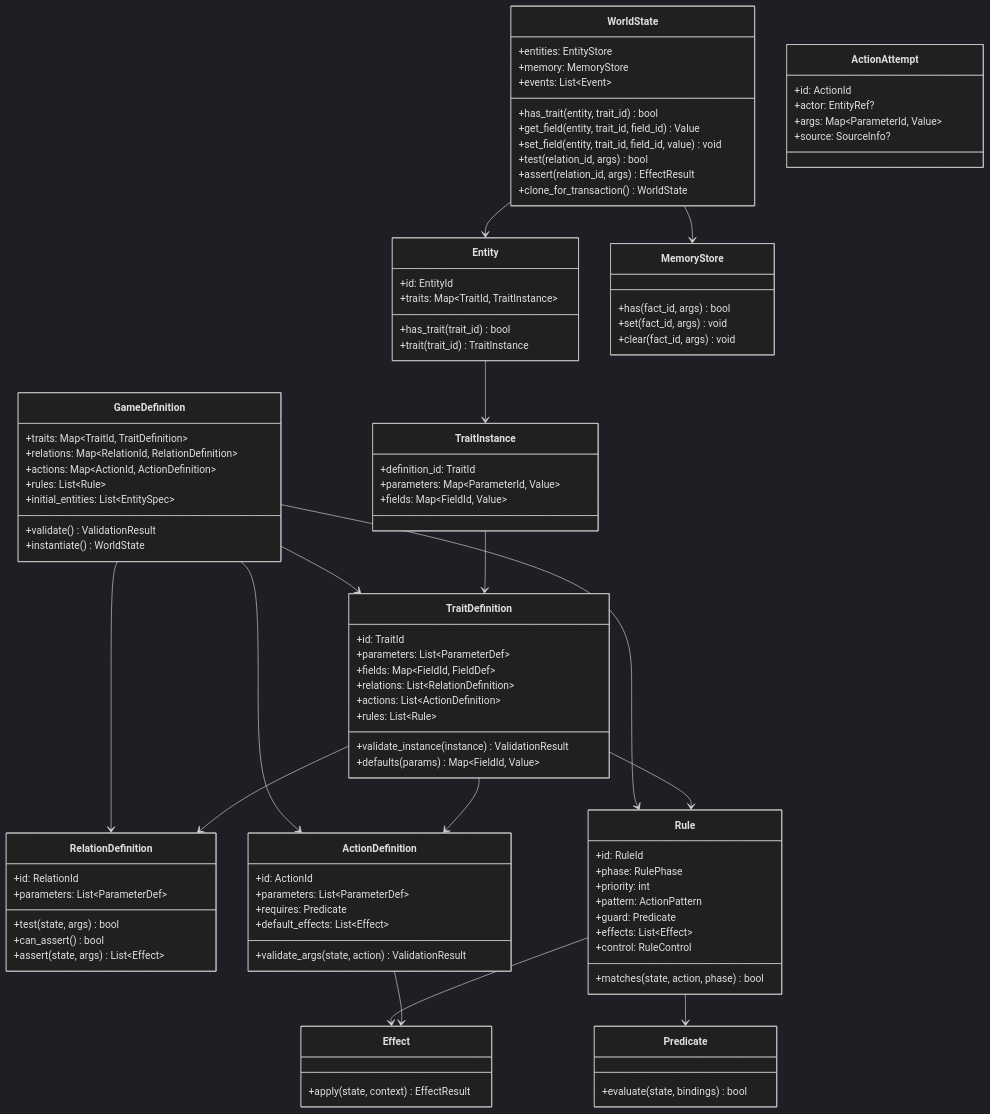
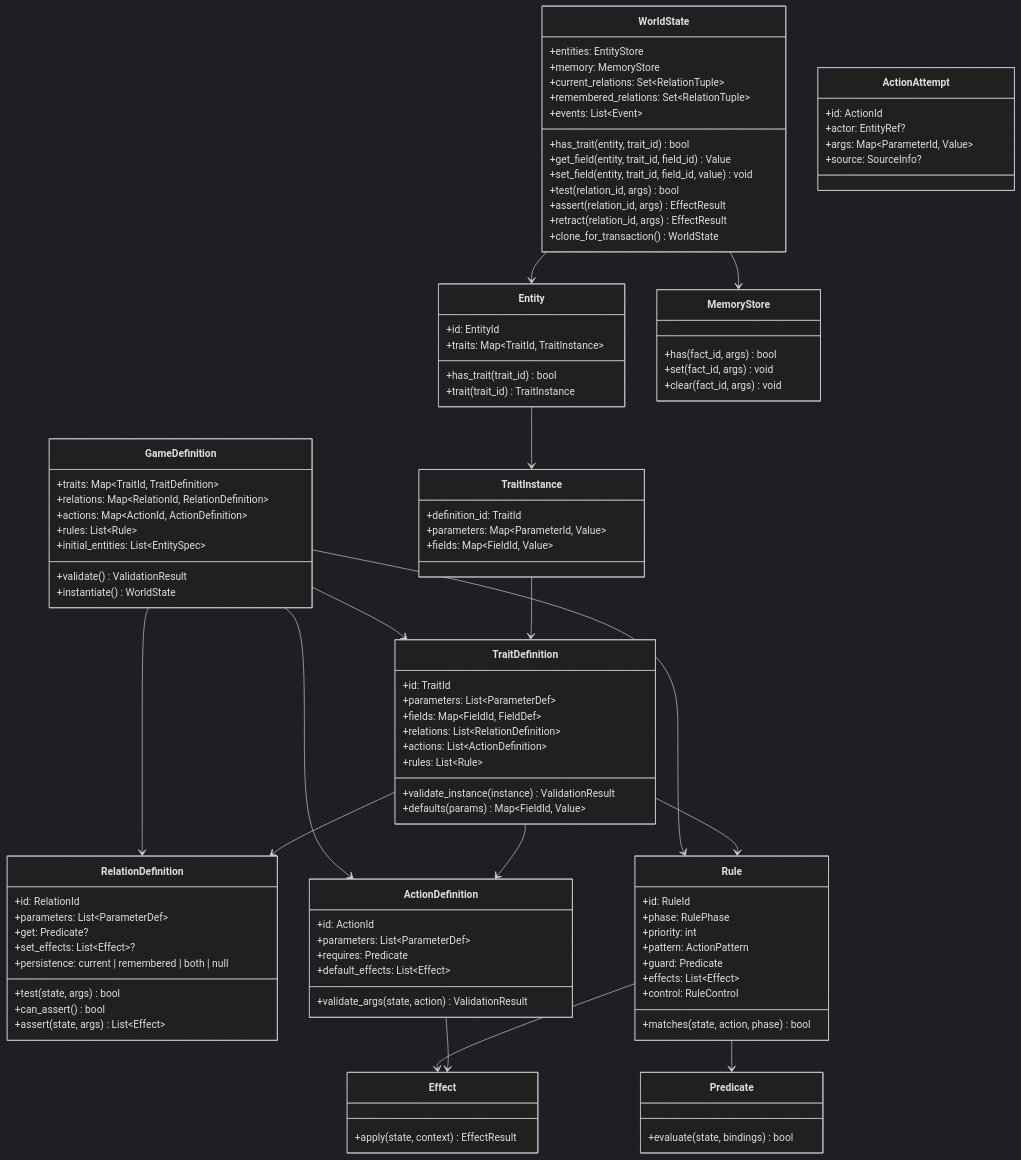
One commit to johnnyfs/qualms changed the first of 2 diagrams in specs/rules-engine.md. Above: the diagram before and after it, drawn with Mermaid (dark theme). The commit also changed other lines of this file and 3 other files, not shown here.

Commit message:
Update runtime and schema specs

```diff
--- a/specs/rules-engine.md
+++ b/specs/rules-engine.md
@@ -45,12 +45,15 @@
   class WorldState {
     +entities: EntityStore
     +memory: MemoryStore
+    +current_relations: Set~RelationTuple~
+    +remembered_relations: Set~RelationTuple~
     +events: List~Event~
     +has_trait(entity, trait_id) bool
     +get_field(entity, trait_id, field_id) Value
     +set_field(entity, trait_id, field_id, value) void
     +test(relation_id, args) bool
     +assert(relation_id, args) EffectResult
+    +retract(relation_id, args) EffectResult
     +clone_for_transaction() WorldState
   }
 
@@ -81,6 +84,9 @@
   class RelationDefinition {
     +id: RelationId
     +parameters: List~ParameterDef~
+    +get: Predicate?
+    +set_effects: List~Effect~?
+    +persistence: current | remembered | both | null
     +test(state, args) bool
     +can_assert() bool
     +assert(state, args) List~Effect~
```
